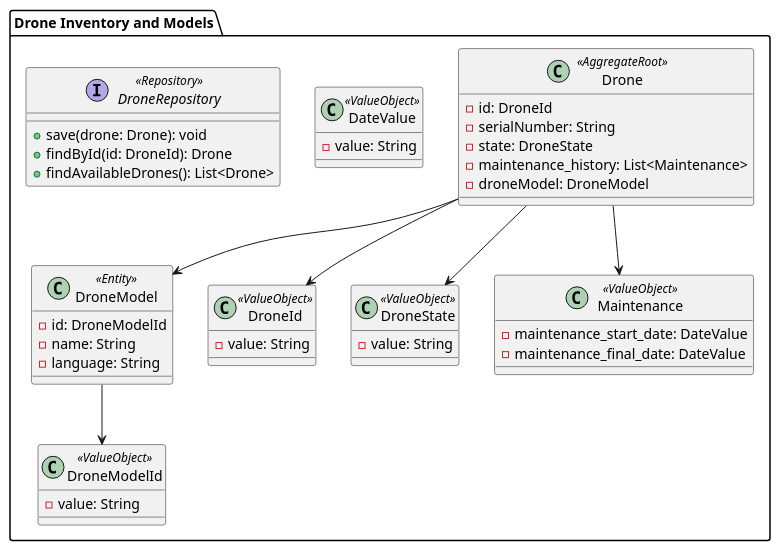
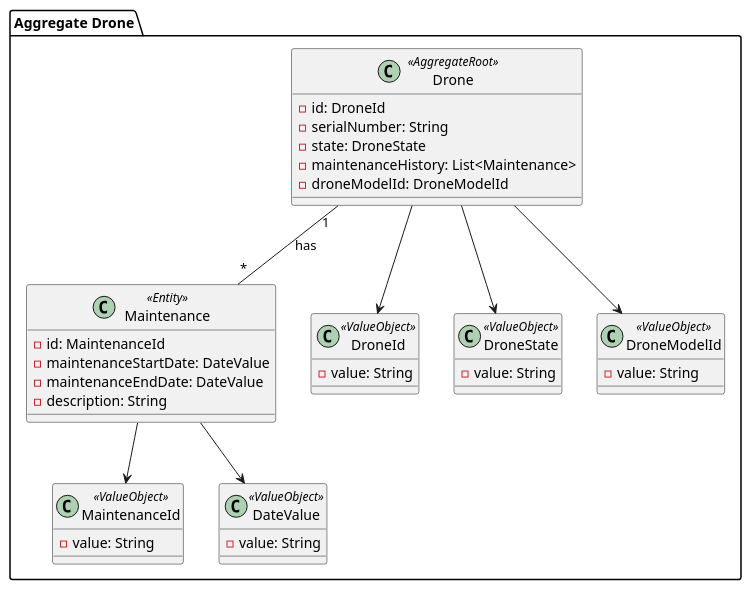
Before and after one commit to HenriqueSilva18/Drone-Show-Management-System: the diagram in docs/us_110/subDomains/domains/aggregate_drone.puml, drawn with PlantUML. The commit also changed 9 other files, not shown here.

```diff
--- a/docs/us_110/subDomains/domains/aggregate_drone.puml
+++ b/docs/us_110/subDomains/domains/aggregate_drone.puml
@@ -1,48 +1,50 @@
 @startuml
-package "Drone Inventory and Models" {
-    ' Modelo de drone com atributos específicos
-    class DroneModel <<Entity>> {
-       - id: DroneModelId
-       - name: String
-       - language: String
-    }
-    class DroneModelId <<ValueObject>> {
-       - value: String
+package "Aggregate Drone" {
+
+    ' Agregado Drone (Aggregate Root)
+    class Drone <<AggregateRoot>> {
+        - id: DroneId
+        - serialNumber: String
+        - state: DroneState
+        - maintenanceHistory: List<Maintenance>
+        - droneModelId: DroneModelId
     }
 
-    ' Agregado Drone que representa um drone específico
-    class Drone <<AggregateRoot>> {
-       - id: DroneId
-       - serialNumber: String
-       - state: DroneState
-       - maintenance_history: List<Maintenance>
-       - droneModel: DroneModel
-    }
-    class DroneId <<ValueObject>> {
-       - value: String
-    }
-    class DroneState <<ValueObject>> {
-       - value: String
-    }
-    class Maintenance <<ValueObject>> {
-       - maintenance_start_date: DateValue
-       - maintenance_final_date: DateValue
-    }
-    class DateValue <<ValueObject>> {
-       - value: String
+    ' Entidade Maintenance associada ao drone
+    class Maintenance <<Entity>> {
+        - id: MaintenanceId
+        - maintenanceStartDate: DateValue
+        - maintenanceEndDate: DateValue
+        - description: String
     }
 
-    ' Repositório para acesso aos drones
-    interface DroneRepository <<Repository>> {
-       + save(drone: Drone): void
-       + findById(id: DroneId): Drone
-       + findAvailableDrones(): List<Drone>
+    class MaintenanceId <<ValueObject>> {
+        - value: String
     }
 
+    ' Value Objects
+    class DroneId <<ValueObject>> {
+        - value: String
+    }
+
+    class DroneState <<ValueObject>> {
+        - value: String
+    }
+
+    class DroneModelId <<ValueObject>> {
+        - value: String
+    }
+
+    class DateValue <<ValueObject>> {
+        - value: String
+    }
+
+    ' Ligações
     Drone --> DroneId
     Drone --> DroneState
-    Drone --> Maintenance
-    Drone --> DroneModel
-    DroneModel --> DroneModelId
+    Drone --> DroneModelId
+    Drone "1" -- "*" Maintenance : has
+    Maintenance --> MaintenanceId
+    Maintenance --> DateValue
 }
 @enduml
```
